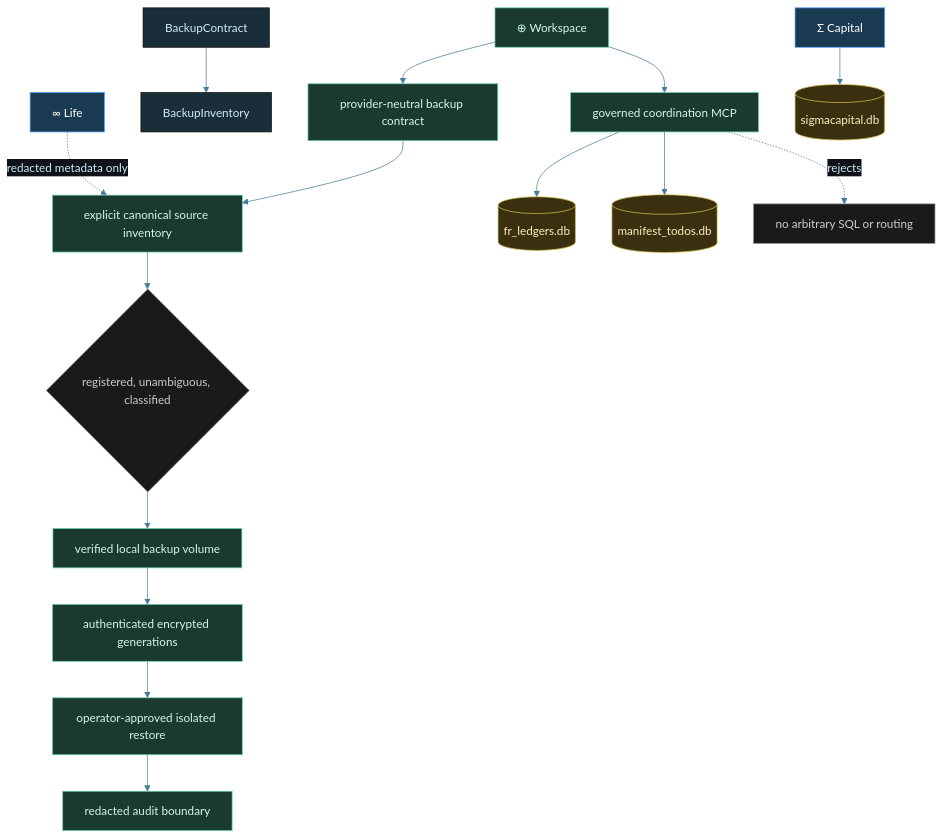
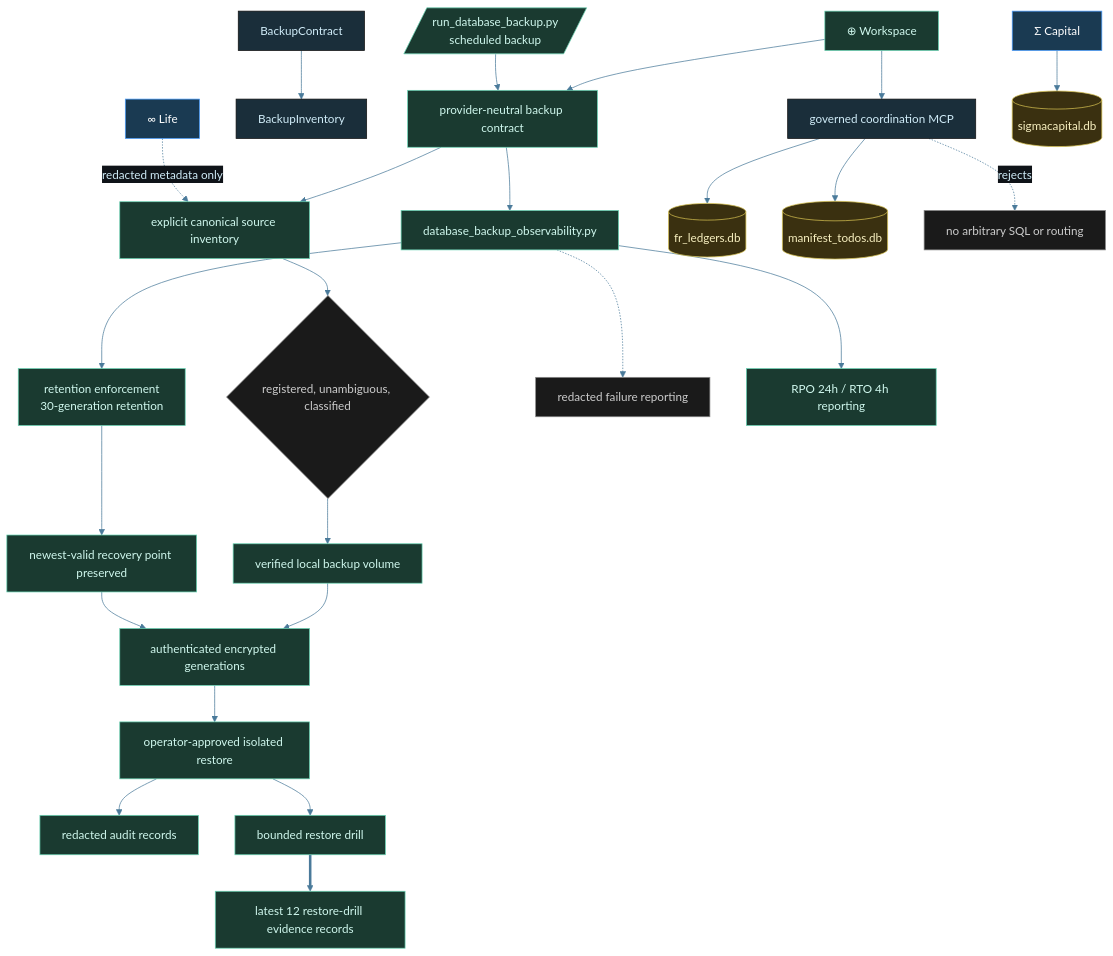
Before and after one commit to tylerdrakemusic/-Workspace: the diagram in diagrams/workspace-derived-backup-and-coordination.mmd, drawn with Mermaid. The commit also changed 8 other files, not shown here.

Commit message:
⊕ workspace: add backup observability

```diff
--- a/diagrams/workspace-derived-backup-and-coordination.mmd
+++ b/diagrams/workspace-derived-backup-and-coordination.mmd
@@ -1,26 +1,35 @@
 %%{init: {'theme': 'base', 'themeVariables': {'primaryColor': '#1a2e3a', 'primaryTextColor': '#d0ecf8', 'edgeLabelBackground': '#0f1318', 'lineColor': '#4a7a9a'}}}%%
 %% is_derived_view=true
 %% Traceability.parent: diagrams/workspace-integrations.mmd
 graph TB
     Workspace[⊕ Workspace] --> Backup[provider-neutral backup contract]
+    BackupRunner[/run_database_backup.py<br/>scheduled backup/] --> Backup
+    Backup --> Observability[database_backup_observability.py]
     BackupContract --> BackupInventory
     Backup --> Inventory[explicit canonical source inventory]
     Inventory --> Discovery{registered, unambiguous, classified}
     Discovery --> Volume[verified local backup volume]
     Volume --> Generations[authenticated encrypted generations]
     Generations --> Restore[operator-approved isolated restore]
-    Restore --> Audit[redacted audit boundary]
+    Restore --> Audit[redacted audit records]
+    Observability --> Retention[retention enforcement<br/>30-generation retention]
+    Retention --> NewestValid[newest-valid recovery point preserved]
+    NewestValid --> Generations
+    Observability -.-> Failure[redacted failure reporting]
+    Restore --> Drill[bounded restore drill]
+    Drill ==> Evidence[latest 12 restore-drill evidence records]
+    Observability --> Objectives[RPO 24h / RTO 4h reporting]
     Workspace --> Coord[governed coordination MCP]
     Coord --> FRLedger[(fr_ledgers.db)]
     Coord --> TodoDB[(manifest_todos.db)]
     Coord -.->|rejects| GenericSQL[no arbitrary SQL or routing]
     Life[∞ Life] -.->|redacted metadata only| Inventory
     Capital[Σ Capital] --> CapitalDB[(sigmacapital.db)]
-    class Workspace,Backup,Inventory,Volume,Generations,Restore,Audit,Coord ws
+    class Workspace,Backup,BackupRunner,Observability,Inventory,Volume,Generations,Restore,Audit,Retention,NewestValid,Drill,Evidence,Objectives ws
     class Life,Capital orch
-    class Discovery,GenericSQL state
+    class Discovery,GenericSQL,Failure state
     class FRLedger,TodoDB,CapitalDB db
 classDef orch fill:#1a3a52,stroke:#4a9eff,color:#fff
 classDef ws fill:#1a3a30,stroke:#6ad4b4,color:#d0f8ee
 classDef state fill:#1a1a1a,stroke:#888888,color:#cccccc
 classDef db fill:#3a3010,stroke:#d4c050,color:#f8f0c0
```
